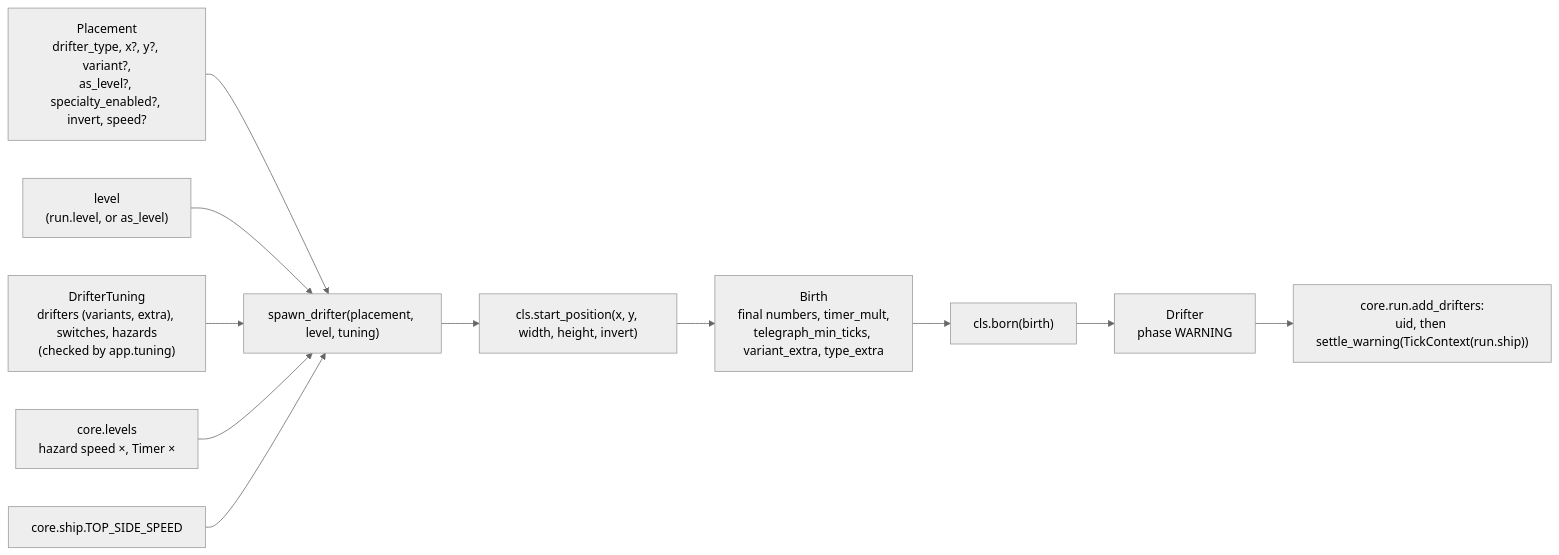
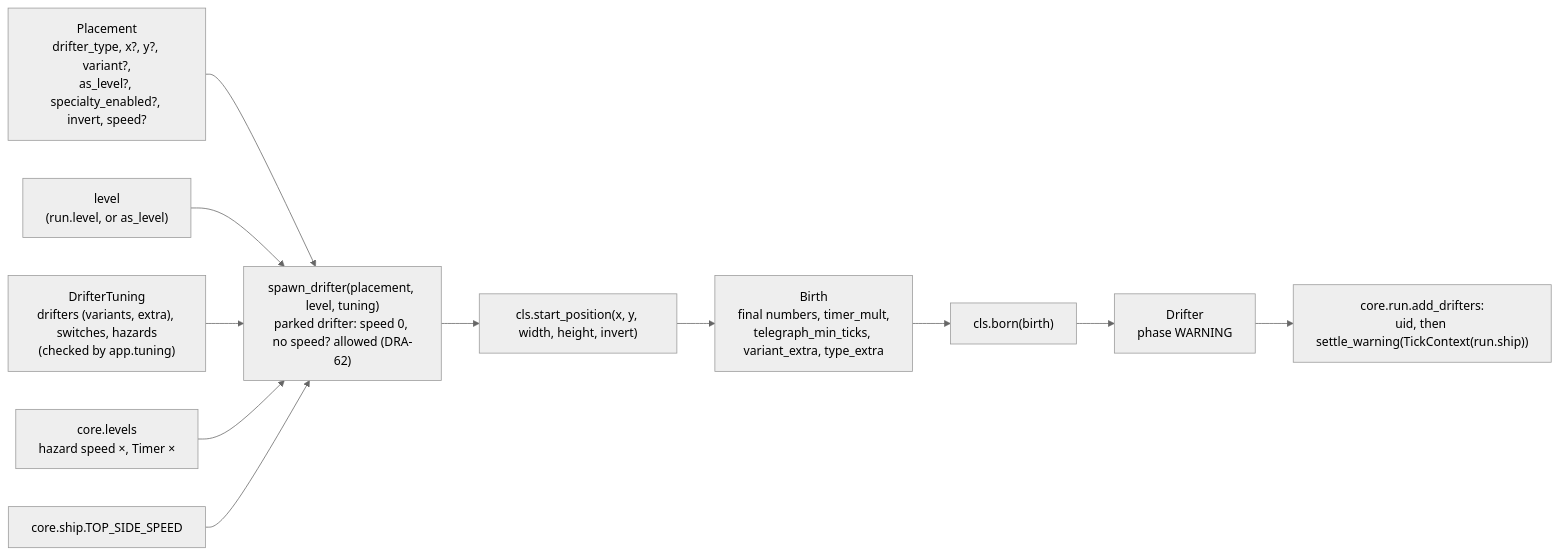
One commit to david-mntl/driftward-ace changed the fourth of 6 diagrams in docs/contracts/systems/drifters.md. Above: the diagram before and after it, drawn with Mermaid (neutral theme). The commit also changed other lines of this file and 12 other files, not shown here.

Commit message:
docs(contracts): add DRA-62 contracts, coin tuning schema, update app, drifters, run and scroll

````diff
--- a/docs/contracts/systems/drifters.md
+++ b/docs/contracts/systems/drifters.md
@@ -137,11 +155,11 @@
 ```mermaid
 flowchart LR
-  P["Placement<br/>drifter_type, x?, y?, variant?,<br/>as_level?, specialty_enabled?, invert, speed?"] --> S["spawn_drifter(placement, level, tuning)"]
+  P["Placement<br/>drifter_type, x?, y?, variant?,<br/>as_level?, specialty_enabled?, invert, speed?"] --> S["spawn_drifter(placement, level, tuning)<br/>parked drifter: speed 0, no speed? allowed (DRA-62)"]
   L["level<br/>(run.level, or as_level)"] --> S
   T["DrifterTuning<br/>drifters (variants, extra), switches, hazards<br/>(checked by app.tuning)"] --> S
   LV["core.levels<br/>hazard speed ×, Timer ×"] --> S
   SH["core.ship.TOP_SIDE_SPEED"] --> S
   S --> SP["cls.start_position(x, y, width, height, invert)"]
   SP --> B["Birth<br/>final numbers, timer_mult,<br/>telegraph_min_ticks, variant_extra, type_extra"] --> C["cls.born(birth)"] --> O["Drifter<br/>phase WARNING"]
   O --> AD["core.run.add_drifters:<br/>uid, then settle_warning(TickContext(run.ship))"]
 ```
````
